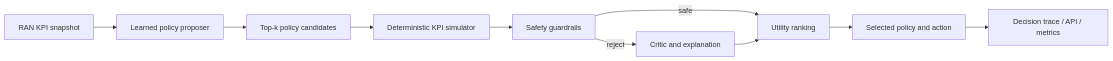
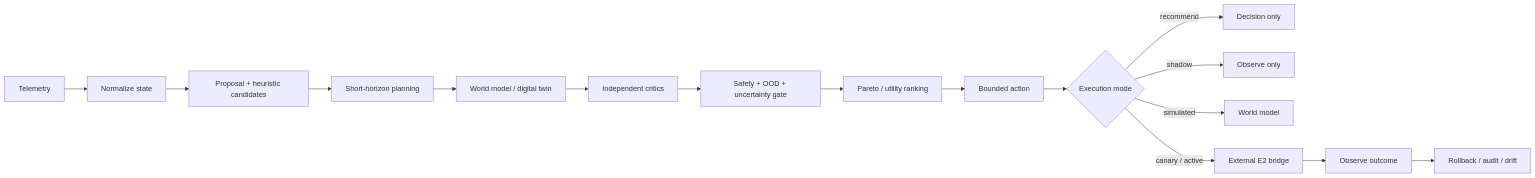
One commit to vtavakkoli/Agentic-RAN changed the diagram in README.md. Above: the diagram before and after it, drawn with Mermaid. The commit also changed other lines of this file and 34 other files, not shown here.

Commit message:
feat: evolve Agentic-RAN into safety-governed O-RAN v2

````diff
--- a/README.md
+++ b/README.md
@@ -23,12 +20,18 @@
 ```mermaid
 flowchart LR
-    A[RAN KPI snapshot] --> B[Learned policy proposer]
-    B --> C[Top-k policy candidates]
-    C --> D[Deterministic KPI simulator]
-    D --> E[Safety guardrails]
-    E -->|reject| F[Critic and explanation]
-    E -->|safe| G[Utility ranking]
-    F --> G
-    G --> H[Selected policy and action]
-    H --> I[Decision trace / API / metrics]
+    A[Telemetry] --> B[Normalize state]
+    B --> C[Proposal + heuristic candidates]
+    C --> D[Short-horizon planning]
+    D --> E[World model / digital twin]
+    E --> F[Independent critics]
+    F --> G[Safety + OOD + uncertainty gate]
+    G --> H[Pareto / utility ranking]
+    H --> I[Bounded action]
+    I --> J{Execution mode}
+    J -->|recommend| K[Decision only]
+    J -->|shadow| L[Observe only]
+    J -->|simulated| M[World model]
+    J -->|canary / active| N[External E2 bridge]
+    N --> O[Observe outcome]
+    O --> P[Rollback / audit / drift]
 ```
````
